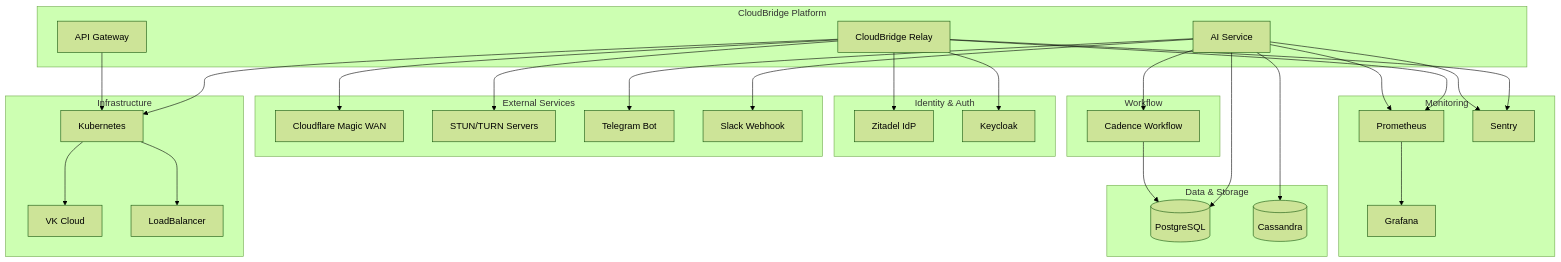
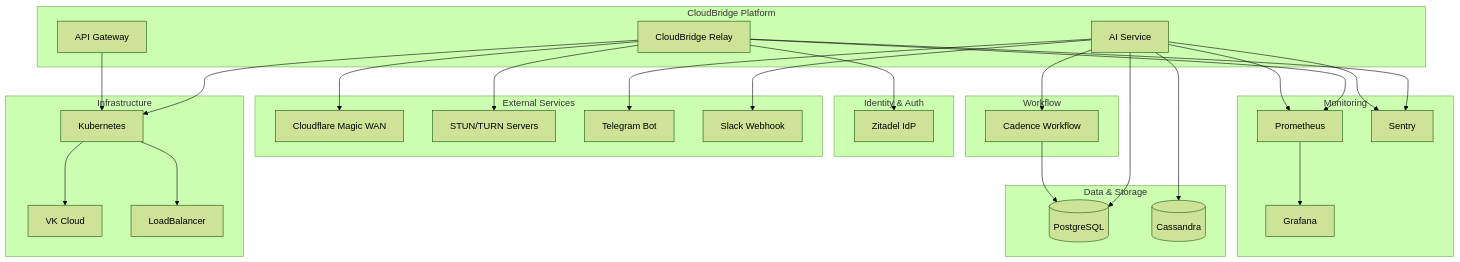
Before and after one commit to twogc/cloudbridge-relay-installer: diagram 13 of 26 in docs/architecture/ARCHITECTURE_ANALYSIS.md, drawn with Mermaid (forest theme). The commit also changed other lines of this file and 46 other files, not shown here.

````diff
--- a/docs/architecture/ARCHITECTURE_ANALYSIS.md
+++ b/docs/architecture/ARCHITECTURE_ANALYSIS.md
@@ -890,66 +888,64 @@
 ```mermaid
 graph TB
     subgraph "CloudBridge Platform"
         RELAY[CloudBridge Relay]
         AI[AI Service]
         API[API Gateway]
     end
     
     subgraph "Identity & Auth"
         ZITADEL[Zitadel IdP]
-        KEYCLOAK[Keycloak]
     end
     
     subgraph "Infrastructure"
         K8S[Kubernetes]
         VK[VK Cloud]
         LB[LoadBalancer]
     end
     
     subgraph "Data & Storage"
         POSTGRES[(PostgreSQL)]
         CASSANDRA[(Cassandra)]
     end
     
     subgraph "Monitoring"
         PROMETHEUS[Prometheus]
         GRAFANA[Grafana]
         SENTRY[Sentry]
     end
     
     subgraph "External Services"
         CLOUDFLARE[Cloudflare Magic WAN]
         STUN_TURN[STUN/TURN Servers]
         TELEGRAM[Telegram Bot]
         SLACK[Slack Webhook]
     end
     
     subgraph "Workflow"
         CADENCE[Cadence Workflow]
     end
     
     RELAY --> ZITADEL
-    RELAY --> KEYCLOAK
     RELAY --> K8S
     RELAY --> CLOUDFLARE
     RELAY --> STUN_TURN
     
     AI --> POSTGRES
     AI --> CASSANDRA
     AI --> TELEGRAM
     AI --> SLACK
     
     API --> K8S
     K8S --> VK
     K8S --> LB
     
     RELAY --> PROMETHEUS
     AI --> PROMETHEUS
     PROMETHEUS --> GRAFANA
     
     RELAY --> SENTRY
     AI --> SENTRY
     
     AI --> CADENCE
     CADENCE --> POSTGRES
 ```
````
